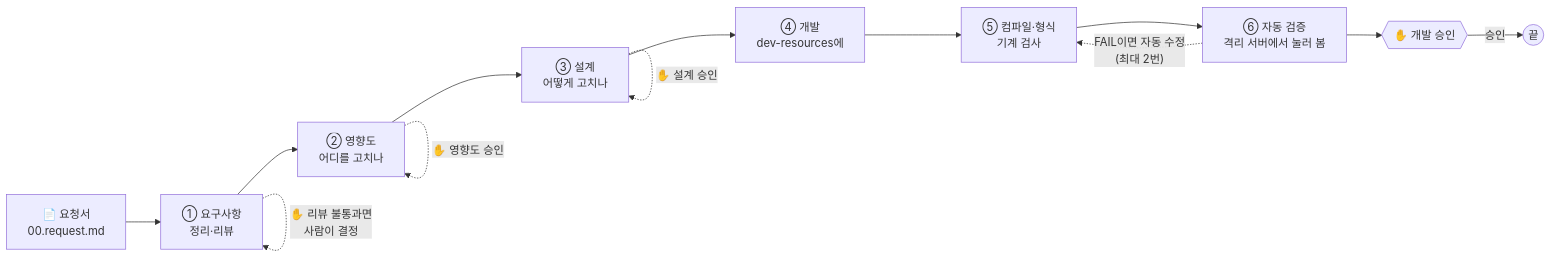
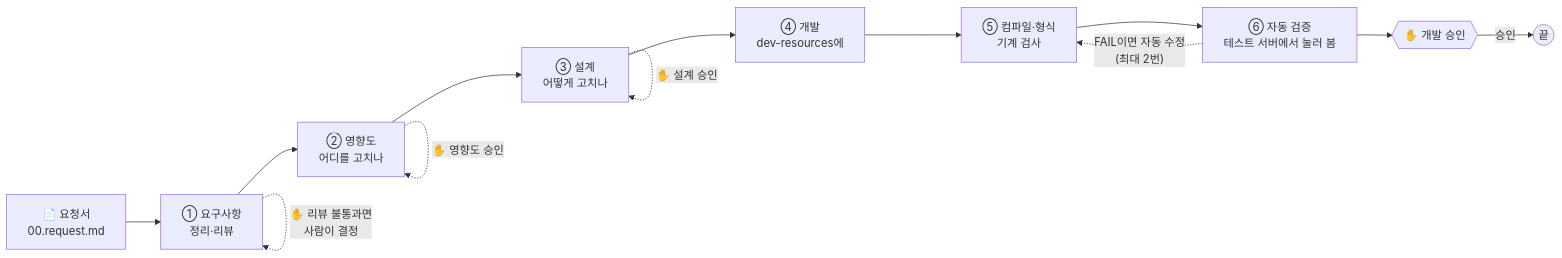
The first of 24 diagrams in docs/09.dstone-ai-engine-sm-workflow.md (YongSoekChoeng/dstone), drawn with Mermaid before and after one commit. The commit also changed other lines of this file and 55 other files, not shown here.

````diff
--- a/docs/09.dstone-ai-engine-sm-workflow.md
+++ b/docs/09.dstone-ai-engine-sm-workflow.md
@@ -44,16 +45,16 @@
 ```mermaid
 flowchart LR
     R["📄 요청서<br/>00.request.md"] --> A["① 요구사항<br/>정리·리뷰"]
     A --> B["② 영향도<br/>어디를 고치나"]
     B --> C["③ 설계<br/>어떻게 고치나"]
     C --> D["④ 개발<br/>dev-resources에"]
     D --> E["⑤ 컴파일·형식<br/>기계 검사"]
-    E --> F["⑥ 자동 검증<br/>격리 서버에서 눌러 봄"]
+    E --> F["⑥ 자동 검증<br/>테스트 서버에서 눌러 봄"]
     F --> G{{"✋ 개발 승인"}}
     G -->|승인| H(("끝"))
 
     A -.->|"✋ 리뷰 불통과면<br/>사람이 결정"| A
     B -.->|"✋ 영향도 승인"| B
     C -.->|"✋ 설계 승인"| C
     F -.->|"FAIL이면 자동 수정<br/>(최대 2번)"| E
 ```
````
